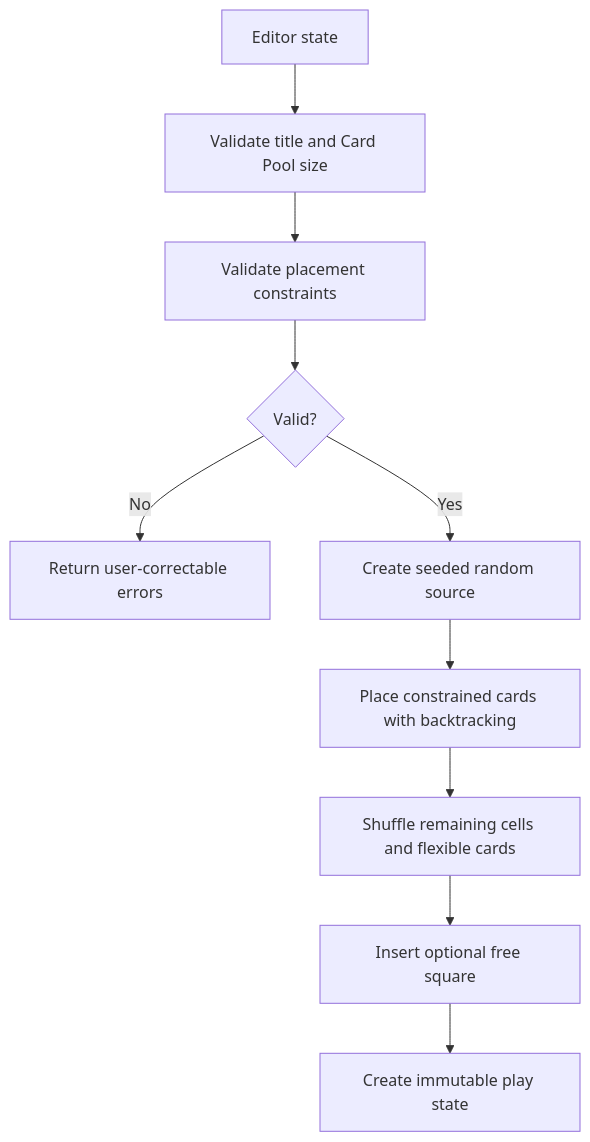
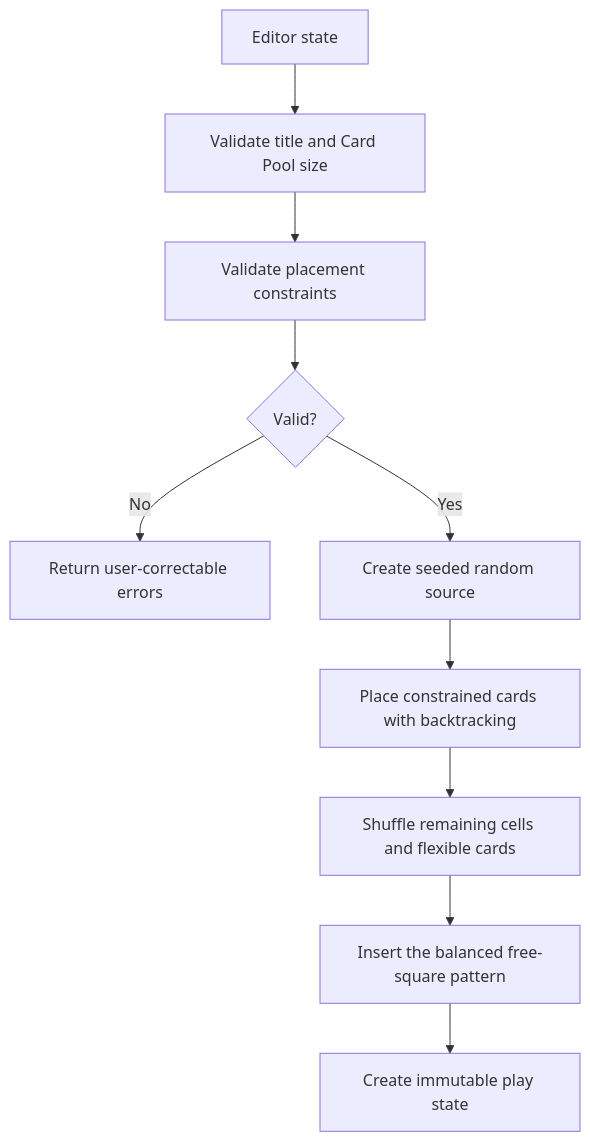
The second of 2 diagrams in docs/architecture.md (mikejhill/squarecast), drawn with Mermaid before and after one commit. The commit also changed other lines of this file and 30 other files, not shown here.

Commit message:
Support multiple balanced free squares

````diff
--- a/docs/architecture.md
+++ b/docs/architecture.md
@@ -194,12 +194,12 @@
 ```mermaid
 flowchart TD
     A["Editor state"] --> B["Validate title and Card Pool size"]
     B --> C["Validate placement constraints"]
     C --> D{"Valid?"}
     D -- "No" --> E["Return user-correctable errors"]
     D -- "Yes" --> F["Create seeded random source"]
     F --> G["Place constrained cards with backtracking"]
     G --> H["Shuffle remaining cells and flexible cards"]
-    H --> I["Insert optional free square"]
+    H --> I["Insert the balanced free-square pattern"]
     I --> J["Create immutable play state"]
 ```
````
